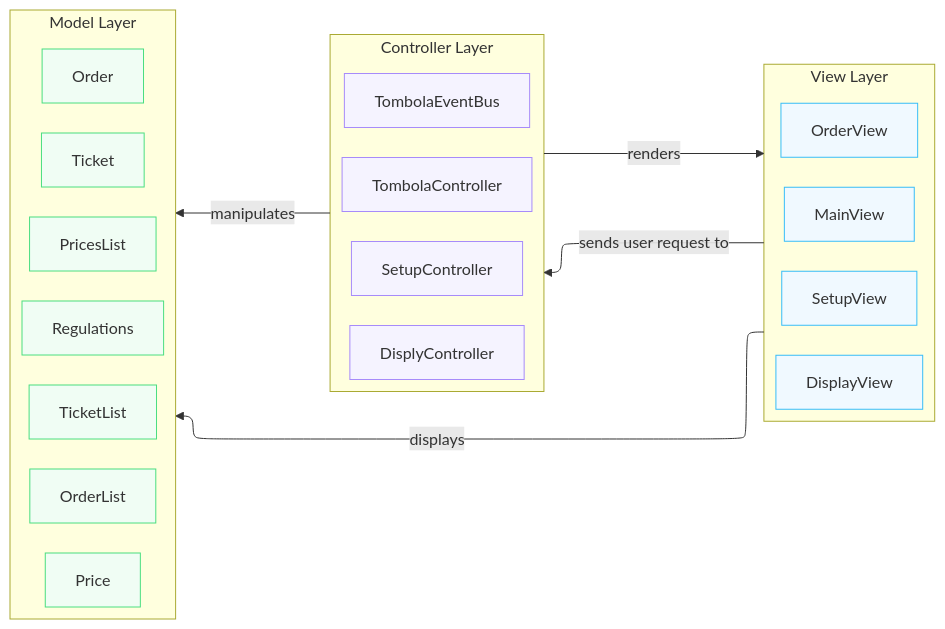
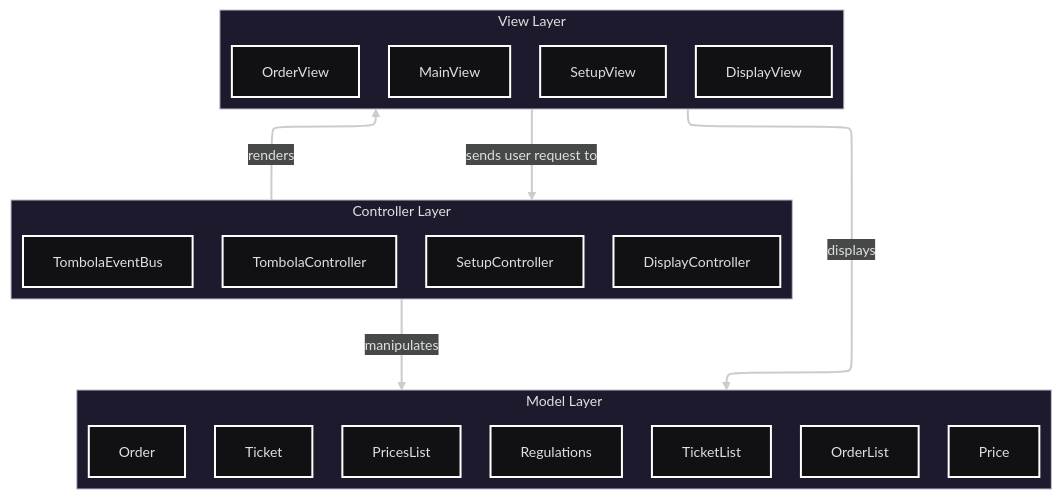
Before and after one commit to Micele-Gasser/tombola-organizer: the third of 3 diagrams in doc/coding-desing.md, drawn with Mermaid. The commit also changed other lines of this file, not shown here.

Commit message:
Fix typos and update Mermaid flowchart settings
Corrected spelling mistakes and updated Mermaid configuration for flowcharts.

````diff
--- a/doc/coding-desing.md
+++ b/doc/coding-desing.md
@@ -98,52 +98,33 @@
-```Mermaid
+```mermaid
 ---
 config:
   layout: elk
+  theme: redux-dark
 ---
-flowchart RL
+flowchart TB
  subgraph View["View Layer"]
         V1["MainView"]
         V2["SetupView"]
         V3["OrderView"]
         V4["DisplayView"]
   end
  subgraph Controller["Controller Layer"]
         C1["TombolaController"]
         C2["SetupController"]
         C3["TombolaEventBus"]
-        C4["DisplyController"]
+        C4["DisplayController"]
   end
  subgraph Model["Model Layer"]
         M1["Ticket"]
         M2["TicketList"]
         M3["Order"]
         M4["OrderList"]
         M5["Price"]
         M6["PricesList"]
         M7["Regulations"]
   end
     View -- sends user request to --> Controller
     View -- displays --> Model
     Controller -- manipulates --> Model
     Controller -- renders --> View
-
-     V1:::viewStyle
-     V2:::viewStyle
-     V3:::viewStyle
-     V4:::viewStyle
-     C1:::controllerStyle
-     C2:::controllerStyle
-     C3:::controllerStyle
-     C4:::controllerStyle
-     M1:::modelStyle
-     M2:::modelStyle
-     M3:::modelStyle
-     M4:::modelStyle
-     M5:::modelStyle
-     M6:::modelStyle
-     M7:::modelStyle
-    classDef viewStyle stroke:#38bdf8,fill:#f0f9ff
-    classDef controllerStyle stroke:#a78bfa,fill:#f5f3ff
-    classDef modelStyle stroke:#4ade80,fill:#f0fdf4
-    classDef dataStyle stroke:#fb923c,fill:#fff7ed
 ```
````
